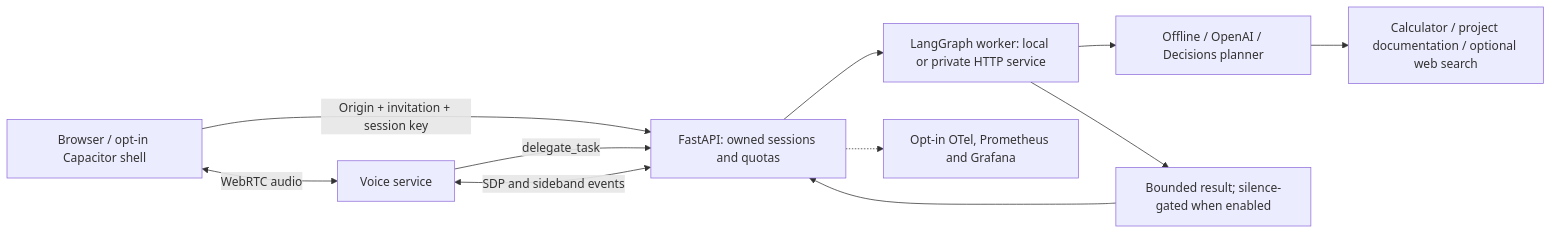
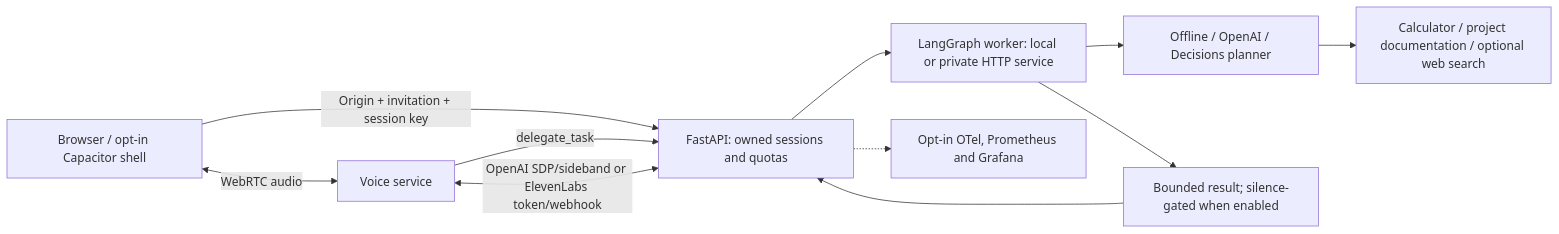
One commit to savbiz/voice-delegate changed the diagram in README.md. Above: the diagram before and after it, drawn with Mermaid. The commit also changed other lines of this file and 89 other files, not shown here.

````diff
--- a/README.md
+++ b/README.md
@@ -161,13 +185,13 @@
 ```mermaid
 flowchart LR
     B["Browser / opt-in Capacitor shell"] <-->|WebRTC audio| V["Voice service"]
     B -->|Origin + invitation + session key| A["FastAPI: owned sessions and quotas"]
-    A <-->|SDP and sideband events| V
+    A <-->|OpenAI SDP/sideband or ElevenLabs token/webhook| V
     V -->|delegate_task| A
     A --> W["LangGraph worker: local or private HTTP service"]
     W --> P["Offline / OpenAI / Decisions planner"]
     P --> T["Calculator / project documentation / optional web search"]
     W --> D["Bounded result; silence-gated when enabled"]
     D --> A
     A -.-> O["Opt-in OTel, Prometheus and Grafana"]
 ```
````
